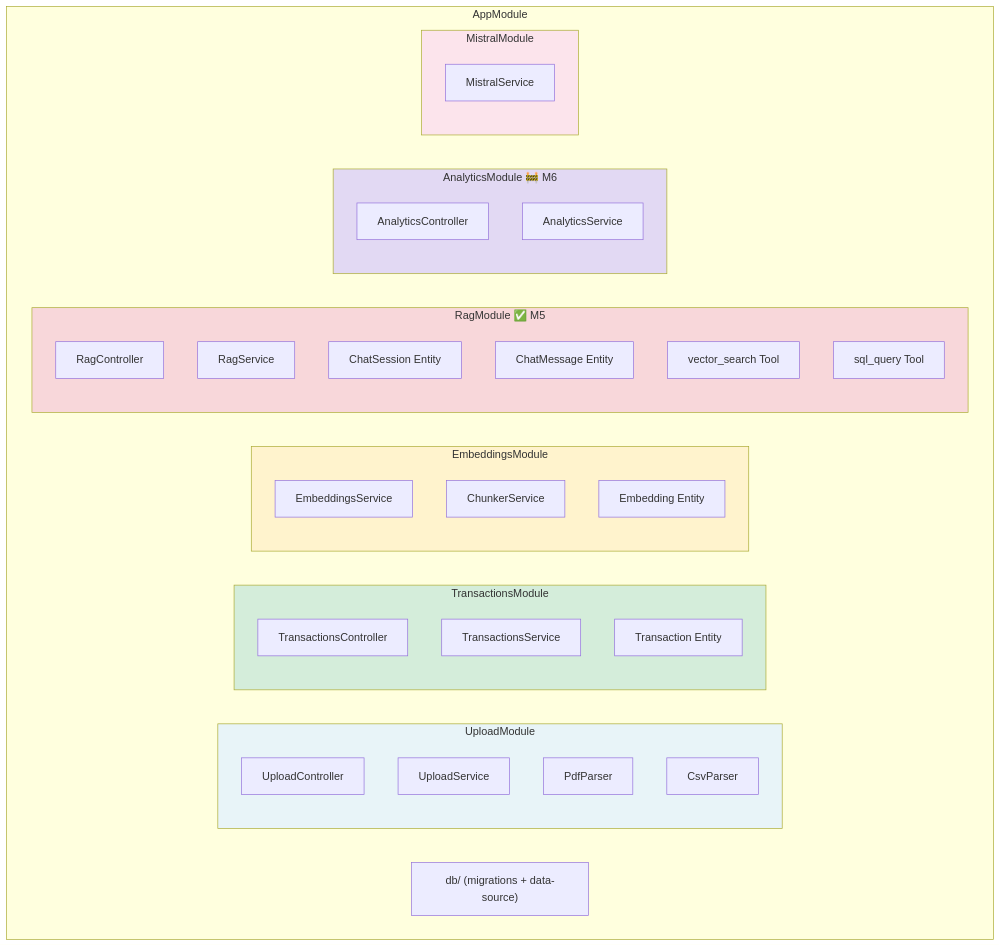
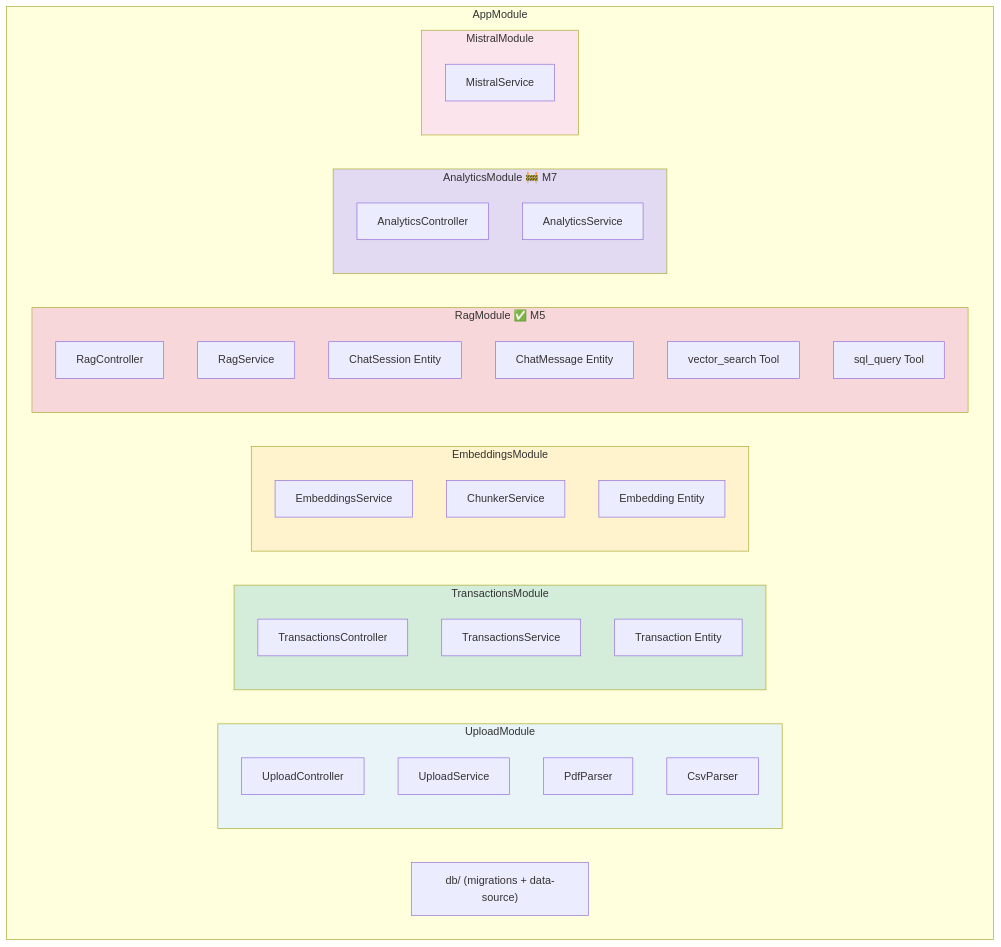
One commit to darth-dodo/ledger changed the fifth of 7 diagrams in docs/architecture.md. Above: the diagram before and after it, drawn with Mermaid. The commit also changed other lines of this file and 7 other files, not shown here.

````diff
--- a/docs/architecture.md
+++ b/docs/architecture.md
@@ -261,50 +261,50 @@
 ```mermaid
 graph TD
     subgraph AppModule
         subgraph UploadModule
             UC2[UploadController]
             US2[UploadService]
             PDF[PdfParser]
             CSV[CsvParser]
         end
 
         subgraph TransactionsModule
             TC2[TransactionsController]
             TS2[TransactionsService]
             TE[Transaction Entity]
         end
 
         subgraph EmbeddingsModule
             ES2[EmbeddingsService]
             CHK[ChunkerService]
             EE[Embedding Entity]
         end
 
         subgraph RagModule ["RagModule ✅ M5"]
             RC2[RagController]
             RS2[RagService]
             CSE[ChatSession Entity]
             CME[ChatMessage Entity]
             VST[vector_search Tool]
             SQT[sql_query Tool]
         end
 
-        subgraph AnalyticsModule ["AnalyticsModule 🚧 M6"]
+        subgraph AnalyticsModule ["AnalyticsModule 🚧 M7"]
             AC2[AnalyticsController]
             AS2[AnalyticsService]
         end
 
         subgraph MistralModule
             MS2[MistralService]
         end
 
         DB["db/ (migrations + data-source)"]
     end
 
     style UploadModule fill:#e8f4f8
     style TransactionsModule fill:#d4edda
     style EmbeddingsModule fill:#fff3cd
     style RagModule fill:#f8d7da
     style AnalyticsModule fill:#e2d9f3
     style MistralModule fill:#fce4ec
 ```
````
